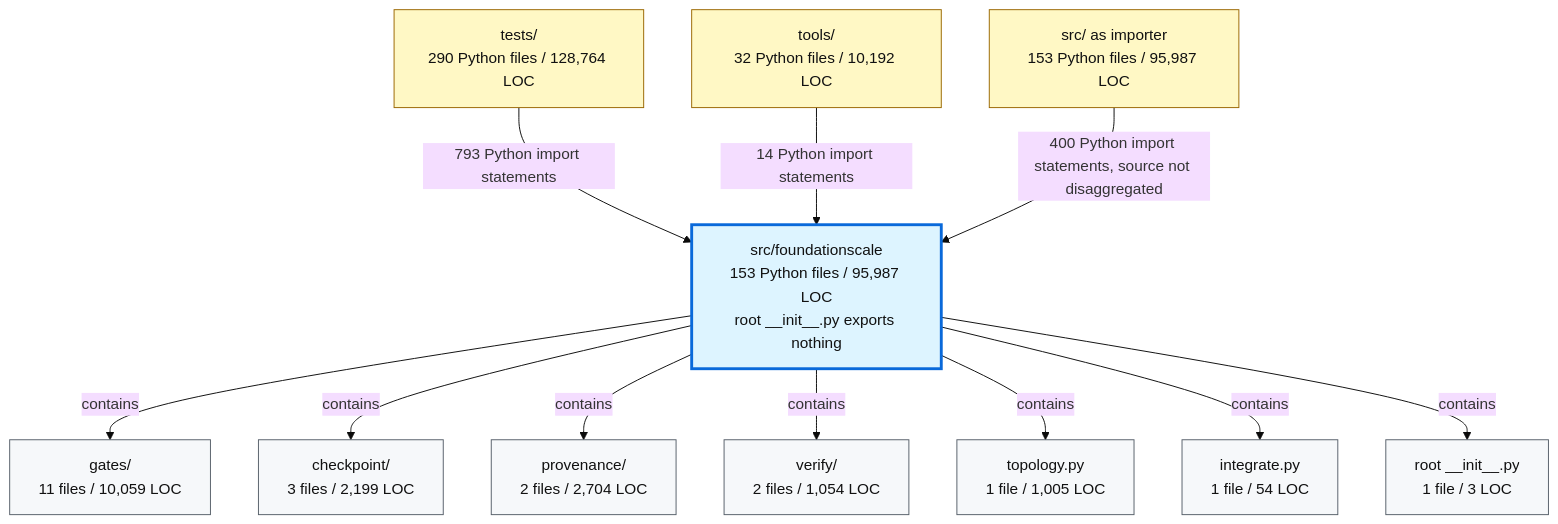
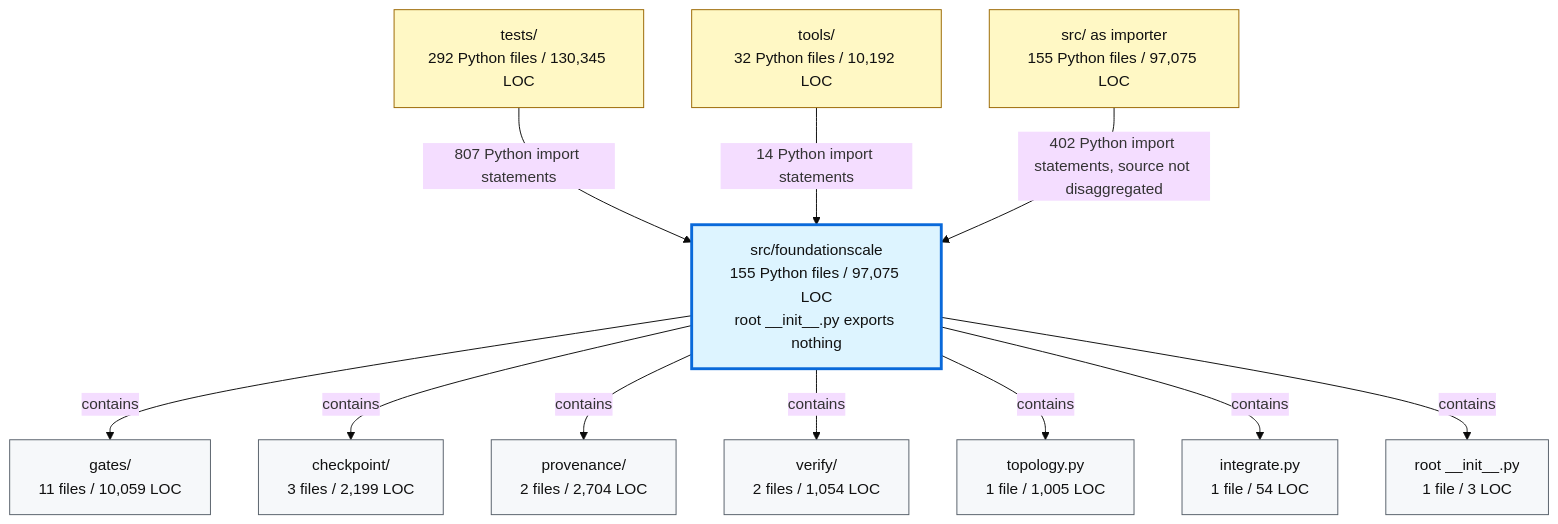
Before and after one commit to TranNhiem/FoundationScale: the second of 2 diagrams in docs/review/D2_current_architecture.md, drawn with Mermaid (base theme). The commit also changed other lines of this file and 16 other files, not shown here.

````diff
--- a/docs/review/D2_current_architecture.md
+++ b/docs/review/D2_current_architecture.md
@@ -97,36 +97,36 @@
 ```mermaid
 flowchart TB
-  TESTS["tests/<br/>290 Python files / 128,764 LOC"]
+  TESTS["tests/<br/>292 Python files / 130,345 LOC"]
   TOOLS["tools/<br/>32 Python files / 10,192 LOC"]
-  SRC["src/ as importer<br/>153 Python files / 95,987 LOC"]
+  SRC["src/ as importer<br/>155 Python files / 97,075 LOC"]
 
-  FS["src/foundationscale<br/>153 Python files / 95,987 LOC<br/>root __init__.py exports nothing"]
+  FS["src/foundationscale<br/>155 Python files / 97,075 LOC<br/>root __init__.py exports nothing"]
 
   GATES["gates/<br/>11 files / 10,059 LOC"]
   CKPT["checkpoint/<br/>3 files / 2,199 LOC"]
   PROV["provenance/<br/>2 files / 2,704 LOC"]
   VERIFY["verify/<br/>2 files / 1,054 LOC"]
   TOPO["topology.py<br/>1 file / 1,005 LOC"]
   INTEG["integrate.py<br/>1 file / 54 LOC"]
   ROOT["root __init__.py<br/>1 file / 3 LOC"]
 
-  TESTS -->|"793 Python import statements"| FS
+  TESTS -->|"807 Python import statements"| FS
   TOOLS -->|"14 Python import statements"| FS
-  SRC -->|"400 Python import statements, source not disaggregated"| FS
+  SRC -->|"402 Python import statements, source not disaggregated"| FS
 
   FS -->|"contains"| GATES
   FS -->|"contains"| CKPT
   FS -->|"contains"| PROV
   FS -->|"contains"| VERIFY
   FS -->|"contains"| TOPO
   FS -->|"contains"| INTEG
   FS -->|"contains"| ROOT
 
   classDef consumer fill:#fff8c5,stroke:#9a6700,color:#111;
   classDef package fill:#ddf4ff,stroke:#0969da,stroke-width:3px,color:#111;
   classDef module fill:#f6f8fa,stroke:#57606a,color:#111;
 
   class TESTS,TOOLS,SRC consumer;
   class FS package;
   class GATES,CKPT,PROV,VERIFY,TOPO,INTEG,ROOT module;
 ```
````
